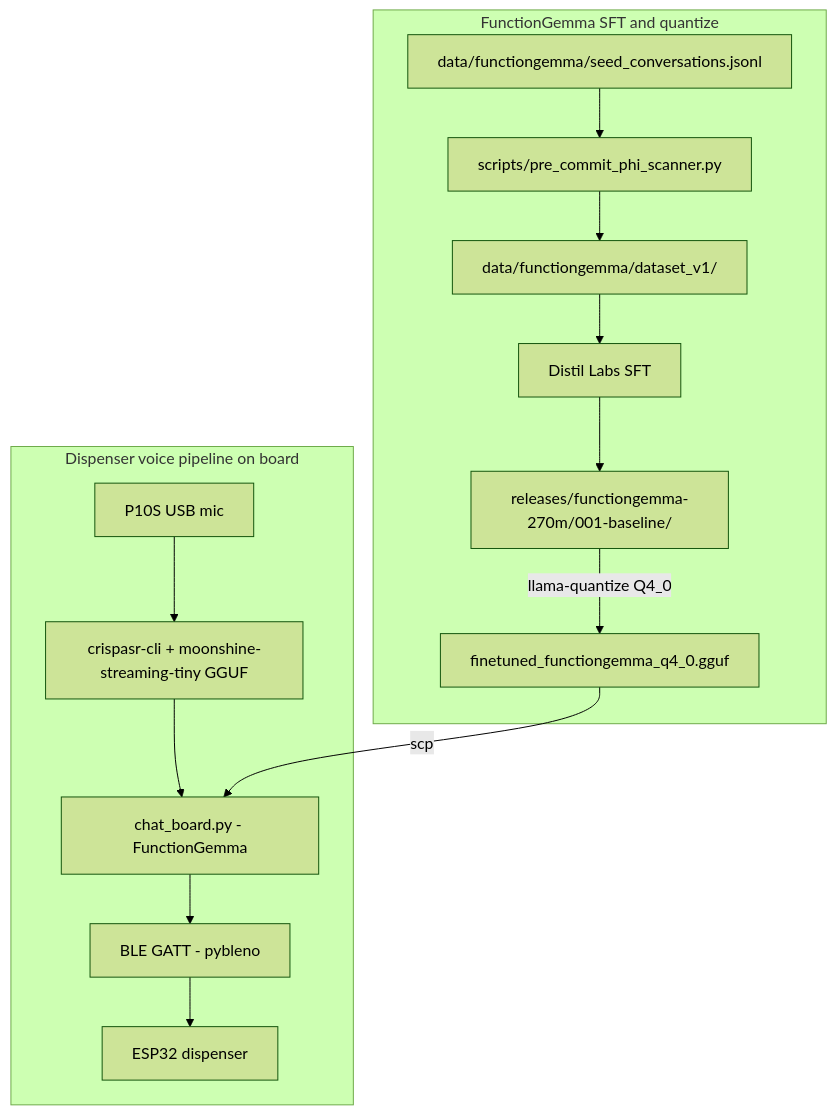
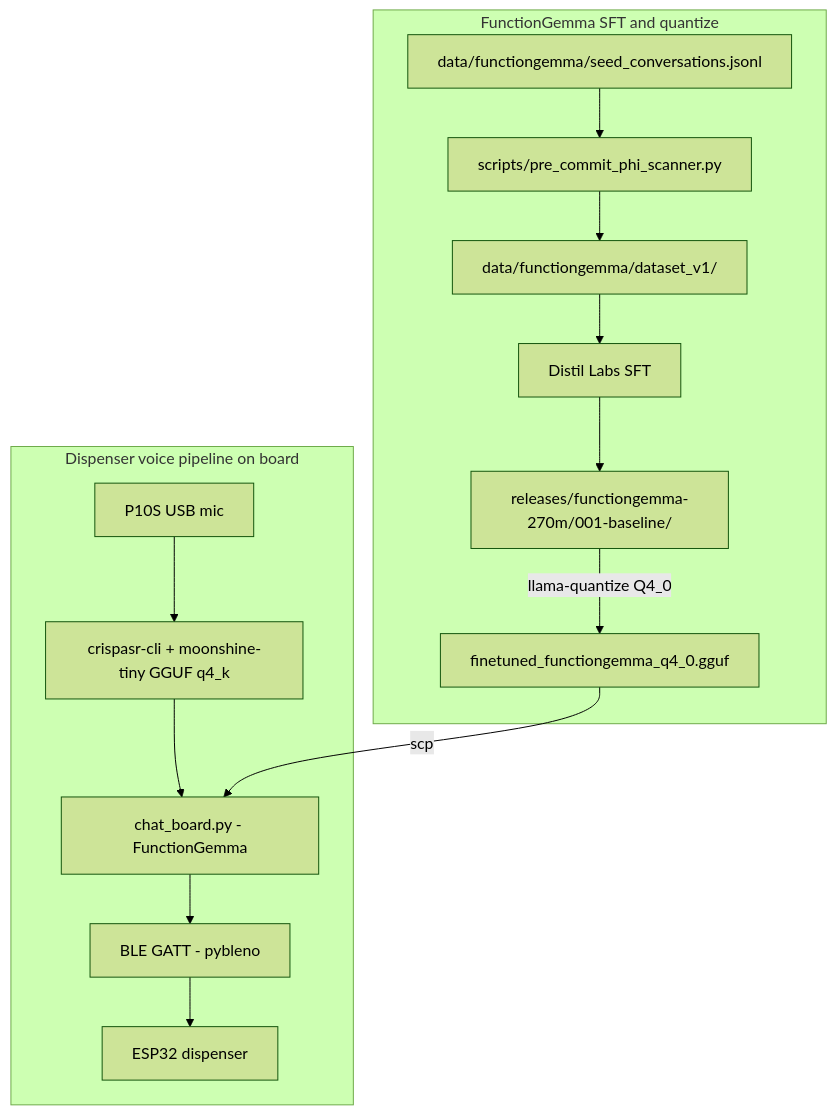
One commit to lanhp-vn/SL2619-EdgeAI-FunctionGemma-270M-int4-health-tools changed the first of 2 diagrams in CLAUDE.md. Above: the diagram before and after it, drawn with Mermaid (forest theme). The commit also changed other lines of this file and 10 other files, not shown here.

First line of the commit message:
Refactor dispenser-demo to switch from Moonshine Streaming Tiny GGUF to Moonshine Tiny GGUF (non-streaming)

````diff
--- a/CLAUDE.md
+++ b/CLAUDE.md
@@ -29,22 +30,22 @@
 ```mermaid
 flowchart TB
     subgraph FG[FunctionGemma SFT and quantize]
         SEEDS[data/functiongemma/seed_conversations.jsonl]
         PHI[scripts/pre_commit_phi_scanner.py]
         SPLITS[data/functiongemma/dataset_v1/]
         DISTIL[Distil Labs SFT]
         REL[releases/functiongemma-270m/001-baseline/]
         GGUF[finetuned_functiongemma_q4_0.gguf]
         SEEDS --> PHI --> SPLITS --> DISTIL --> REL
         REL -- llama-quantize Q4_0 --> GGUF
     end
     subgraph DD[Dispenser voice pipeline on board]
         MIC[P10S USB mic]
-        STT[crispasr-cli + moonshine-streaming-tiny GGUF]
+        STT[crispasr-cli + moonshine-tiny GGUF q4_k]
         BRAIN[chat_board.py - FunctionGemma]
         BLE[BLE GATT - pybleno]
         ESP[ESP32 dispenser]
         MIC --> STT --> BRAIN --> BLE --> ESP
     end
     GGUF -- scp --> BRAIN
 ```
````
